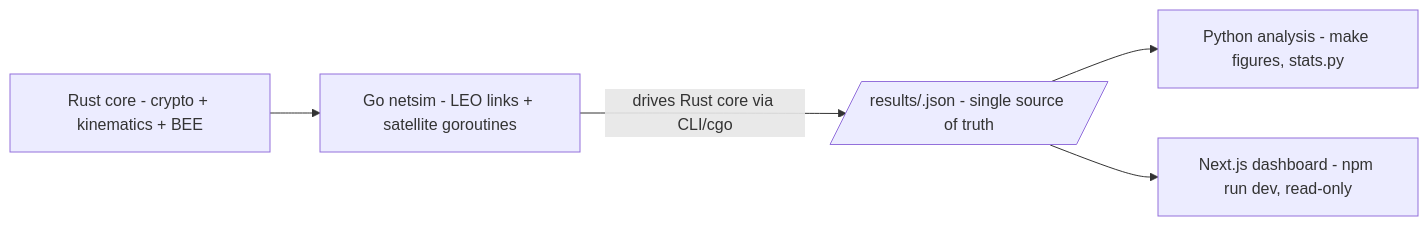
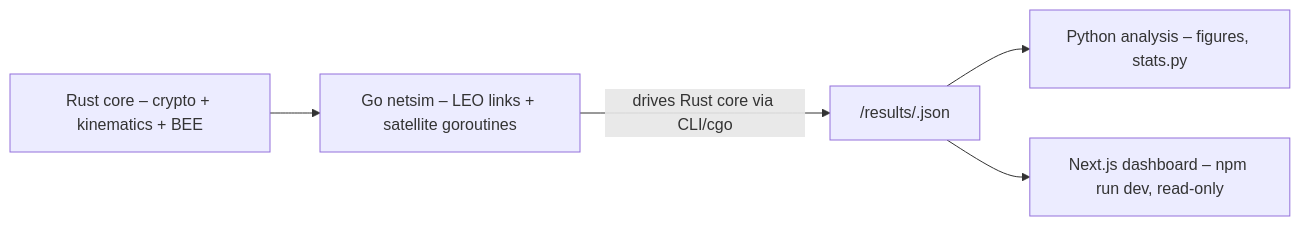
Before and after one commit to pd241008/ChaosSeal: the second of 2 diagrams in README.md, drawn with Mermaid. The commit also changed other lines of this file, not shown here.

Commit message:
fix(README): quote Mermaid node labels for GitHub rendering

````diff
--- a/README.md
+++ b/README.md
@@ -50,7 +48,7 @@
 ```mermaid
 flowchart LR
-    A[Rust core - crypto + kinematics + BEE] --> B[Go netsim - LEO links + satellite goroutines]
-    B -->|drives Rust core via CLI/cgo| C[/results/<run_id>.json - single source of truth/]
-    C --> D[Python analysis - make figures, stats.py]
-    C --> E[Next.js dashboard - npm run dev, read-only]
+    A["Rust core – crypto + kinematics + BEE"] --> B["Go netsim – LEO links + satellite goroutines"]
+    B -->|"drives Rust core via CLI/cgo"| C["/results/<run_id>.json"]
+    C --> D["Python analysis – figures, stats.py"]
+    C --> E["Next.js dashboard – npm run dev, read-only"]
 ```
````
